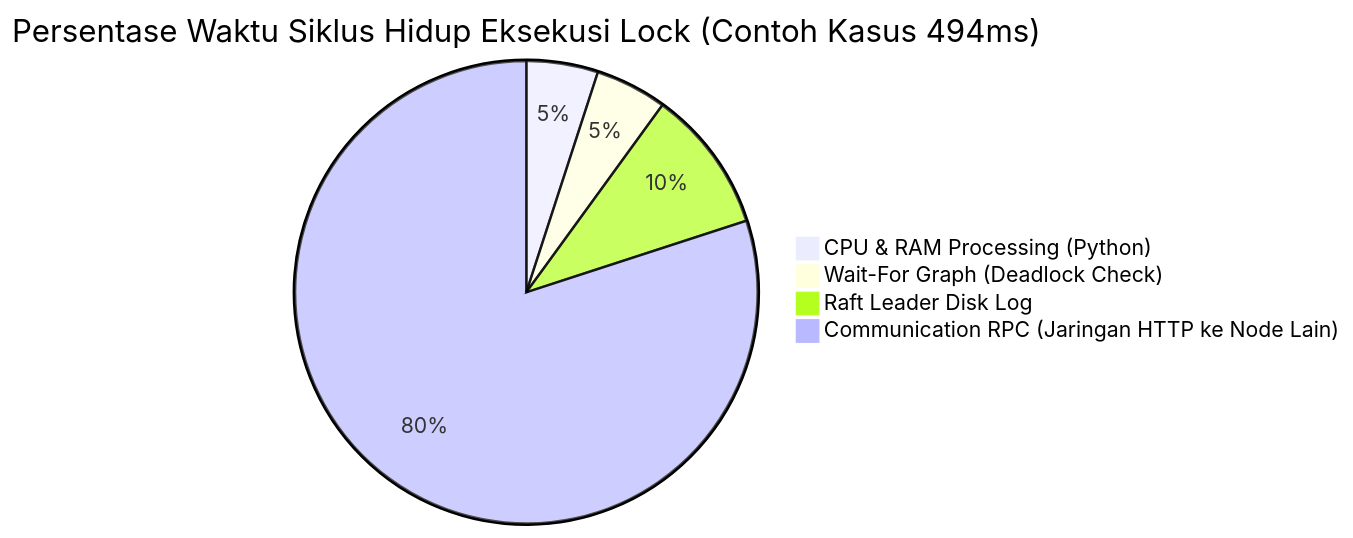
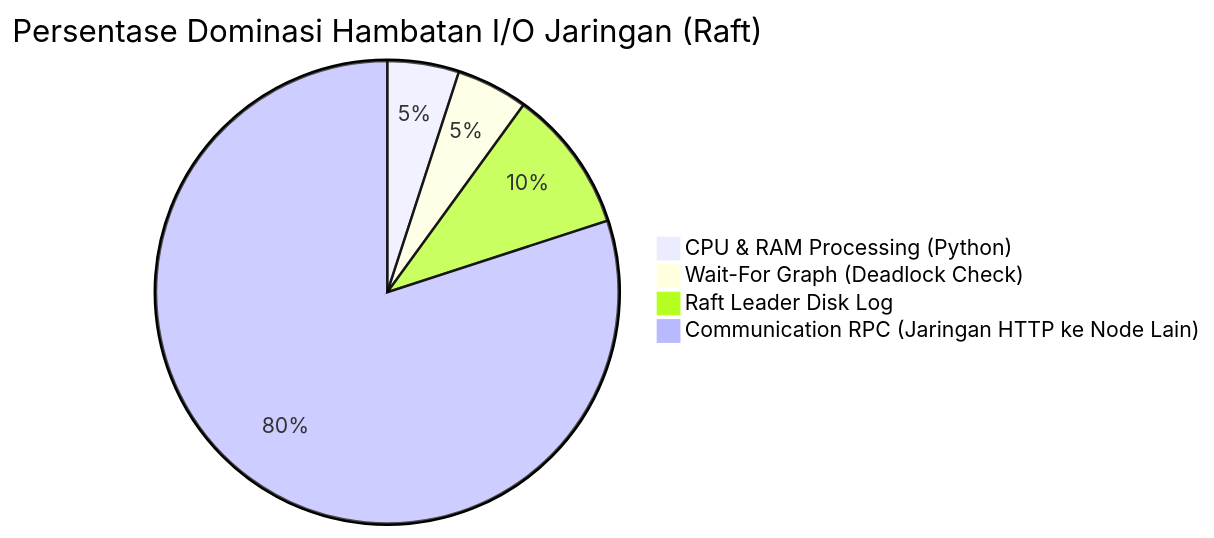
One commit to azpradipta/distributed-sync-system changed the diagram in performance_doc_appendix.md. Above: the diagram before and after it, drawn with Mermaid. The commit also changed other lines of this file and 2 other files, not shown here.

````diff
--- a/performance_doc_appendix.md
+++ b/performance_doc_appendix.md
@@ -76,7 +81,7 @@
 ```mermaid
-pie title Persentase Waktu Siklus Hidup Eksekusi Lock (Contoh Kasus 494ms)
+pie title Persentase Dominasi Hambatan I/O Jaringan (Raft)
     "CPU & RAM Processing (Python)" : 5
     "Wait-For Graph (Deadlock Check)" : 5
     "Raft Leader Disk Log" : 10
     "Communication RPC (Jaringan HTTP ke Node Lain)" : 80
 ```
````
